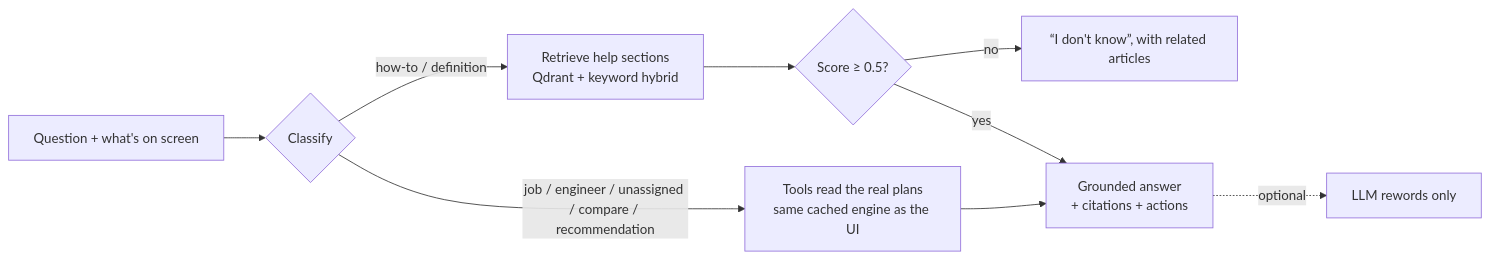
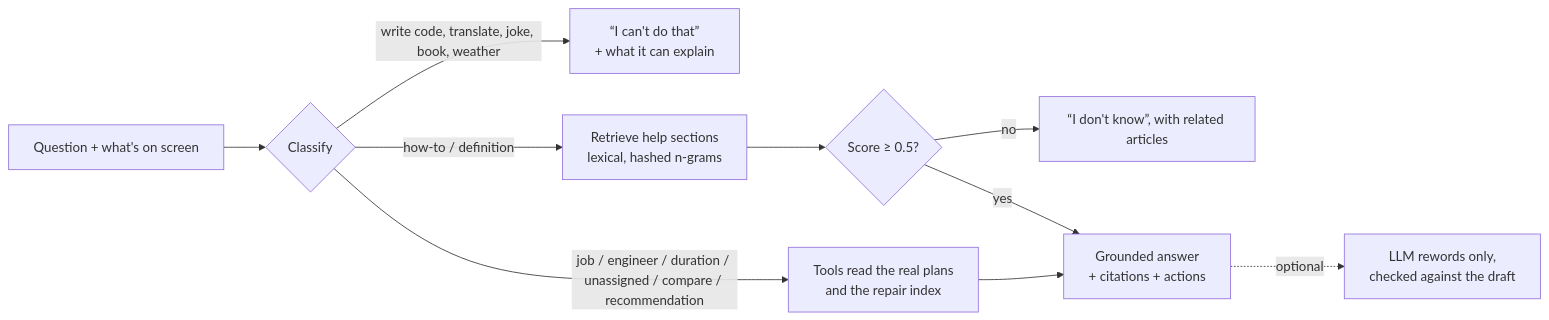
The diagram in docs/ai.md (pavansky/fab-dispatch), drawn with Mermaid before and after one commit. The commit also changed other lines of this file and 22 other files, not shown here.

````diff
--- a/docs/ai.md
+++ b/docs/ai.md
@@ -14,11 +16,12 @@
 ```mermaid
 flowchart LR
   Q[Question + what's on screen] --> C{Classify}
-  C -->|job / engineer / unassigned / compare / recommendation| T[Tools read the real plans<br/>same cached engine as the UI]
-  C -->|how-to / definition| R[Retrieve help sections<br/>Qdrant + keyword hybrid]
+  C -->|job / engineer / duration / unassigned / compare / recommendation| T[Tools read the real plans<br/>and the repair index]
+  C -->|write code, translate, joke, book, weather| X[“I can't do that”<br/>+ what it can explain]
+  C -->|how-to / definition| R[Retrieve help sections<br/>lexical, hashed n-grams]
   R --> G{Score ≥ 0.5?}
   G -->|no| U[“I don't know”, with related articles]
   G -->|yes| A
   T --> A[Grounded answer<br/>+ citations + actions]
-  A -.->|optional| L[LLM rewords only]
+  A -.->|optional| L[LLM rewords only,<br/>checked against the draft]
 ```
````
